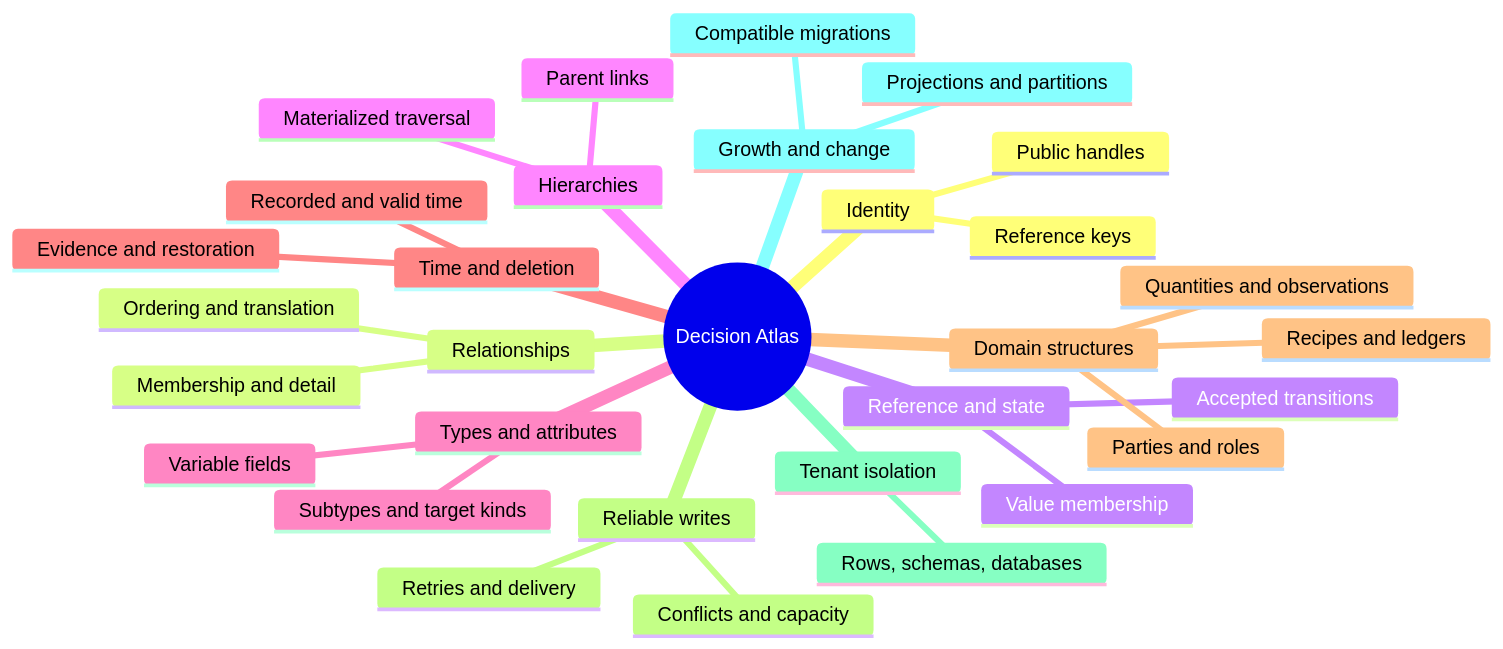
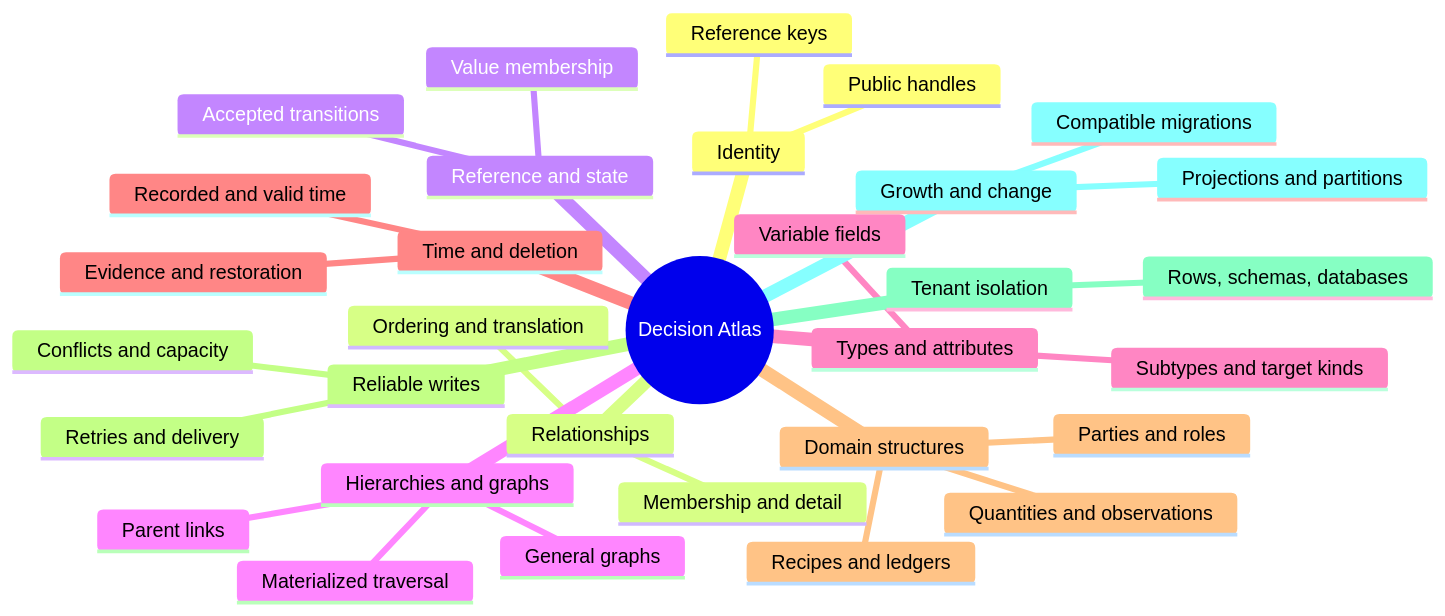
The first of 17 diagrams in book/en/decision-atlas.md (mokevnin/database-design-patterns), drawn with Mermaid before and after one commit. The commit also changed other lines of this file and 15 other files, not shown here.

First line of the commit message:
docs: add the Graph Edges chapter (#21)

````diff
--- a/book/en/decision-atlas.md
+++ b/book/en/decision-atlas.md
@@ -13,37 +13,38 @@
 ```mermaid
 ---
 title: Start with the requirement that is missing from your model
 ---
 mindmap
   root((Decision Atlas))
     Identity
       Reference keys
       Public handles
     Relationships
       Membership and detail
       Ordering and translation
     Reference and state
       Value membership
       Accepted transitions
-    Hierarchies
+    Hierarchies and graphs
       Parent links
       Materialized traversal
+      General graphs
     Types and attributes
       Subtypes and target kinds
       Variable fields
     Time and deletion
       Recorded and valid time
       Evidence and restoration
     Domain structures
       Parties and roles
       Quantities and observations
       Recipes and ledgers
     Reliable writes
       Conflicts and capacity
       Retries and delivery
     Tenant isolation
       Rows, schemas, databases
     Growth and change
       Projections and partitions
       Compatible migrations
 ```
````
